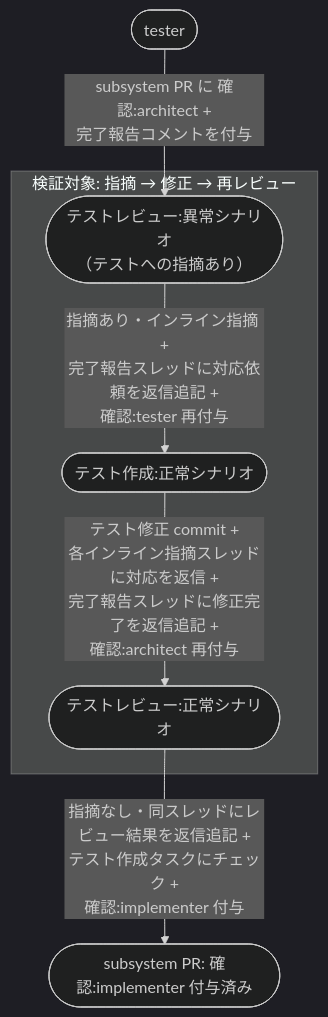
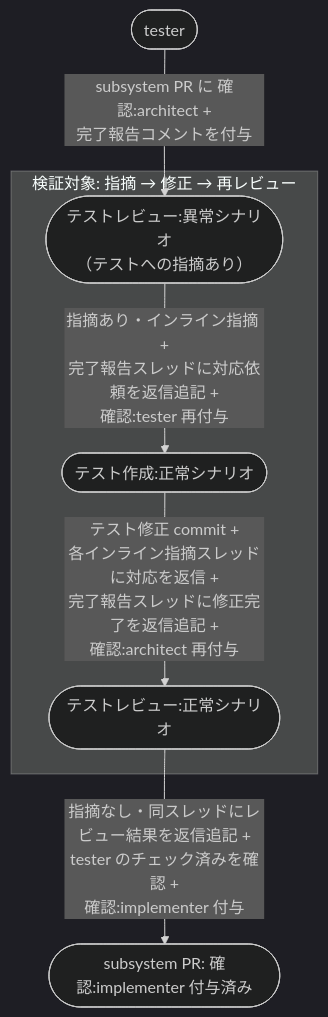
Before and after one commit to shuhei1101/ai-monitor: the first of 3 diagrams in docs/wiki/設計図/シナリオ/複合ユースケース/レビュー指摘からの修正.md, drawn with Mermaid (dark theme). The commit also changed 29 other files, not shown here.

````diff
--- a/docs/wiki/設計図/シナリオ/複合ユースケース/レビュー指摘からの修正.md
+++ b/docs/wiki/設計図/シナリオ/複合ユースケース/レビュー指摘からの修正.md
@@ -27,15 +27,15 @@
 ```mermaid
 flowchart TD
   A0([tester]) -->|subsystem PR に 確認:architect +<br>完了報告コメントを付与| UC1
 
   subgraph FOCUS["検証対象: 指摘 → 修正 → 再レビュー"]
     UC1([テストレビュー:異常シナリオ<br>（テストへの指摘あり）]) -->|指摘あり・インライン指摘 +<br>完了報告スレッドに対応依頼を返信追記 +<br>確認:tester 再付与| UC2([テスト作成:正常シナリオ])
     UC2 -->|テスト修正 commit +<br>各インライン指摘スレッドに対応を返信 +<br>完了報告スレッドに修正完了を返信追記 +<br>確認:architect 再付与| UC3([テストレビュー:正常シナリオ])
   end
 
-  UC3 -->|指摘なし・同スレッドにレビュー結果を返信追記 +<br>テスト作成タスクにチェック +<br>確認:implementer 付与| DONE([subsystem PR: 確認:implementer 付与済み])
+  UC3 -->|指摘なし・同スレッドにレビュー結果を返信追記 +<br>tester のチェック済みを確認 +<br>確認:implementer 付与| DONE([subsystem PR: 確認:implementer 付与済み])
 
   click UC1 "../単一ユースケース/テストレビュー.md#異常シナリオテストへの指摘あり"
   click UC2 "../単一ユースケース/テスト作成.md#正常シナリオ"
   click UC3 "../単一ユースケース/テストレビュー.md#正常シナリオ"
 ```
````
